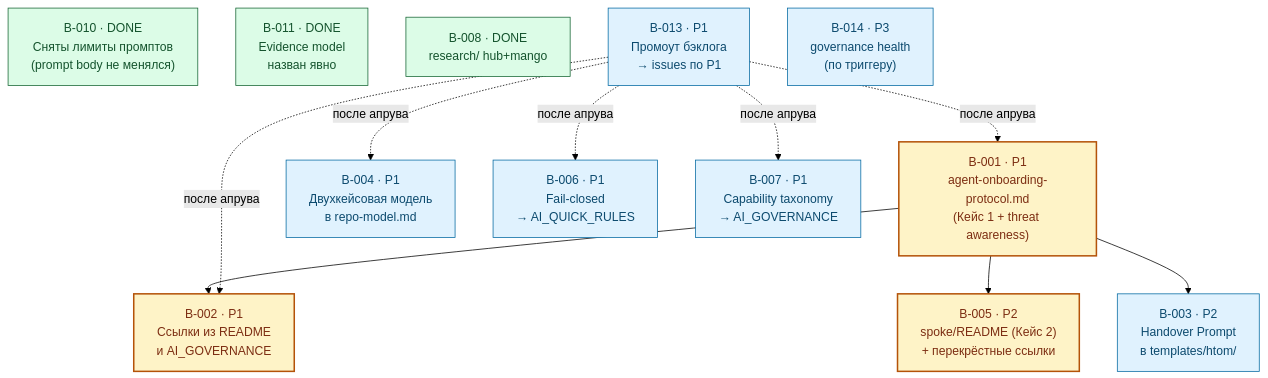
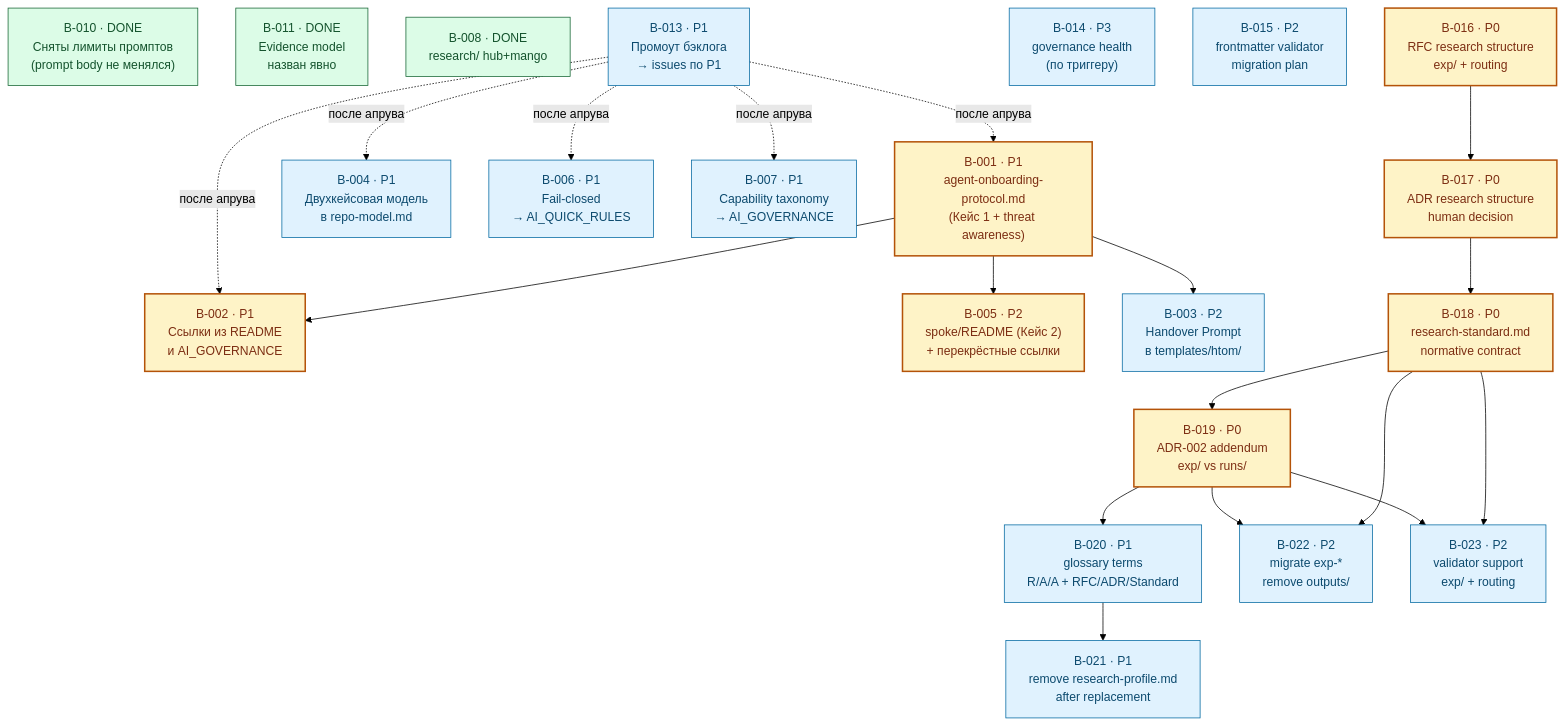
One commit to G-Ivan-A/hybrid-Intelligence-lab changed the diagram in governance/backlog.md. Above: the diagram before and after it, drawn with Mermaid (forest theme). The commit also changed other lines of this file and 2 other files, not shown here.

Commit message:
chore: add research structure sprint to backlog

````diff
--- a/governance/backlog.md
+++ b/governance/backlog.md
@@ -971,36 +1334,54 @@
 ```mermaid
 flowchart TD
     B010["B-010 · DONE<br/>Сняты лимиты промптов<br/>(prompt body не менялся)"]
     B001["B-001 · P1<br/>agent-onboarding-protocol.md<br/>(Кейс 1 + threat awareness)"]
     B002["B-002 · P1<br/>Ссылки из README<br/>и AI_GOVERNANCE"]
     B005["B-005 · P2<br/>spoke/README (Кейс 2)<br/>+ перекрёстные ссылки"]
 
     B003["B-003 · P2<br/>Handover Prompt<br/>в templates/htom/"]
     B004["B-004 · P1<br/>Двухкейсовая модель<br/>в repo-model.md"]
     B006["B-006 · P1<br/>Fail-closed<br/>→ AI_QUICK_RULES"]
     B007["B-007 · P1<br/>Capability taxonomy<br/>→ AI_GOVERNANCE"]
     B011["B-011 · DONE<br/>Evidence model<br/>назван явно"]
     B008["B-008 · DONE<br/>research/ hub+mango"]
     B013["B-013 · P1<br/>Промоут бэклога<br/>→ issues по P1"]
     B014["B-014 · P3<br/>governance health<br/>(по триггеру)"]
+    B015["B-015 · P2<br/>frontmatter validator<br/>migration plan"]
+    B016["B-016 · P0<br/>RFC research structure<br/>exp/ + routing"]
+    B017["B-017 · P0<br/>ADR research structure<br/>human decision"]
+    B018["B-018 · P0<br/>research-standard.md<br/>normative contract"]
+    B019["B-019 · P0<br/>ADR-002 addendum<br/>exp/ vs runs/"]
+    B020["B-020 · P1<br/>glossary terms<br/>R/A/A + RFC/ADR/Standard"]
+    B021["B-021 · P1<br/>remove research-profile.md<br/>after replacement"]
+    B022["B-022 · P2<br/>migrate exp-*<br/>remove outputs/"]
+    B023["B-023 · P2<br/>validator support<br/>exp/ + routing"]
 
     %% Критический путь
     B001 --> B002
     B001 --> B005
+    B016 --> B017
+    B017 --> B018
+    B018 --> B019
+    B019 --> B020
+    B020 --> B021
 
     %% Прочие зависимости
     B001 --> B003
+    B018 --> B022
+    B019 --> B022
+    B018 --> B023
+    B019 --> B023
     B013 -. "после апрува" .-> B001
     B013 -. "после апрува" .-> B002
     B013 -. "после апрува" .-> B004
     B013 -. "после апрува" .-> B006
     B013 -. "после апрува" .-> B007
 
     classDef crit fill:#fef3c7,stroke:#b45309,color:#7c2d12,stroke-width:2px;
     classDef norm fill:#e0f2fe,stroke:#0369a1,color:#0c4a6e;
     classDef done fill:#dcfce7,stroke:#166534,color:#14532d;
 
-    class B001,B002,B005 crit;
-    class B003,B004,B006,B007,B013,B014 norm;
+    class B001,B002,B005,B016,B017,B018,B019 crit;
+    class B003,B004,B006,B007,B013,B014,B015,B020,B021,B022,B023 norm;
     class B008,B010,B011 done;
 ```
````
